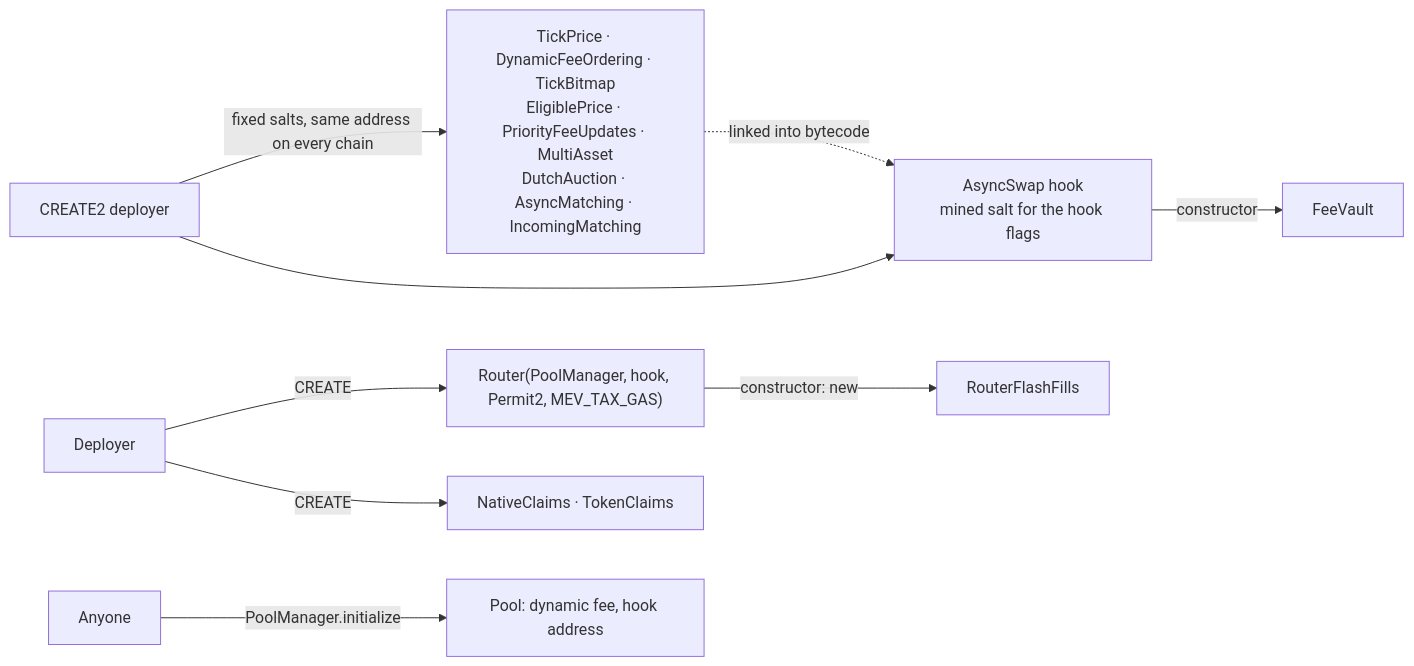
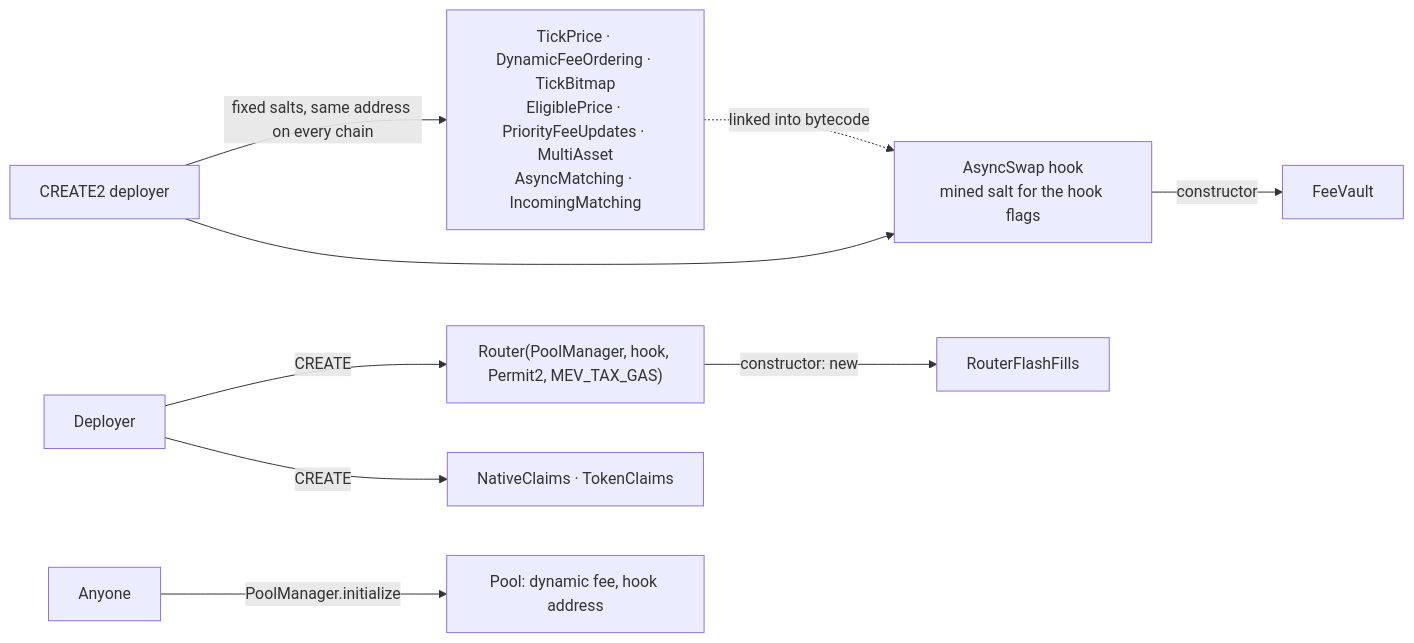
Before and after one commit to asyncswap/contracts: the sixth of 6 diagrams in docs/protocol.md, drawn with Mermaid. The commit also changed other lines of this file and 29 other files, not shown here.

````diff
--- a/docs/protocol.md
+++ b/docs/protocol.md
@@ -276,11 +270,11 @@
 ```mermaid
 flowchart LR
-    D["CREATE2 deployer"] -->|fixed salts, same address on every chain| Libs["TickPrice · DynamicFeeOrdering · TickBitmap<br/>EligiblePrice · PriorityFeeUpdates · MultiAsset<br/>DutchAuction · AsyncMatching · IncomingMatching"]
+    D["CREATE2 deployer"] -->|fixed salts, same address on every chain| Libs["TickPrice · DynamicFeeOrdering · TickBitmap<br/>EligiblePrice · PriorityFeeUpdates · MultiAsset<br/>AsyncMatching · IncomingMatching"]
     Libs -.->|linked into bytecode| Hook["AsyncSwap hook<br/>mined salt for the hook flags"]
     D --> Hook
     Hook -->|constructor| Vault["FeeVault"]
     Owner["Deployer"] -->|CREATE| Router["Router(PoolManager, hook, Permit2, MEV_TAX_GAS)"]
     Router -->|constructor: new| RFF["RouterFlashFills"]
     Owner -->|CREATE| Claims["NativeClaims · TokenClaims"]
     Anyone["Anyone"] -->|PoolManager.initialize| Pool["Pool: dynamic fee, hook address"]
 ```
````
